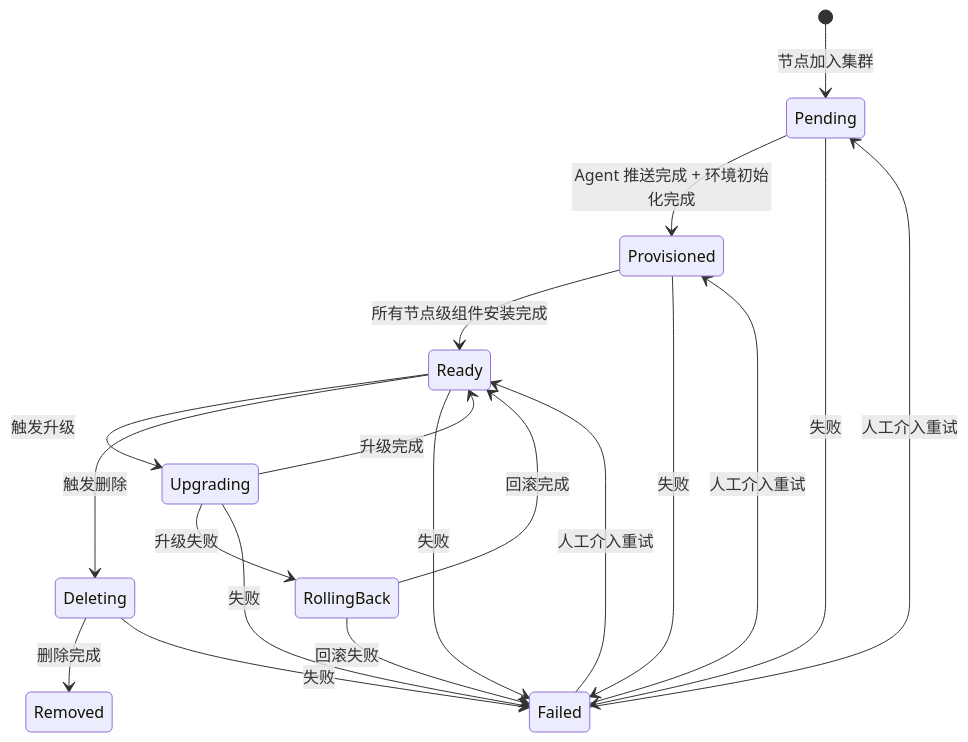
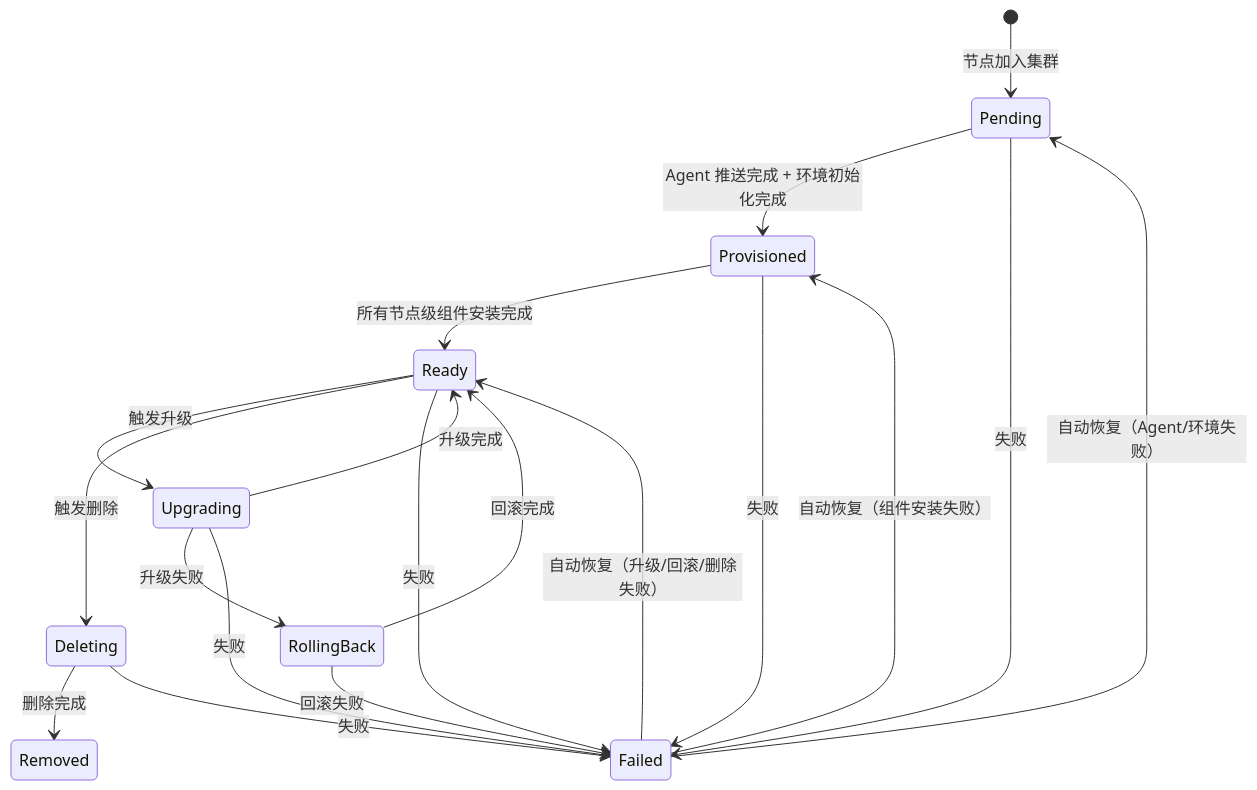
The second of 3 diagrams in code/kep/kep6/kep6-state-machine-v3.md (javadoors/cluster-api-provider-bke), drawn with Mermaid before and after one commit. The commit also changed other lines of this file, not shown here.

````diff
--- a/code/kep/kep6/kep6-state-machine-v3.md
+++ b/code/kep/kep6/kep6-state-machine-v3.md
@@ -543,28 +589,28 @@
 ```mermaid
 stateDiagram-v2
     [*] --> Pending : 节点加入集群
     
     Pending --> Provisioned : Agent 推送完成 + 环境初始化完成
     Pending --> Failed : 失败
     
     Provisioned --> Ready : 所有节点级组件安装完成
     Provisioned --> Failed : 失败
     
     Ready --> Upgrading : 触发升级
     Ready --> Deleting : 触发删除
     Ready --> Failed : 失败
     
     Upgrading --> Ready : 升级完成
     Upgrading --> RollingBack : 升级失败
     Upgrading --> Failed : 失败
     
     RollingBack --> Ready : 回滚完成
     RollingBack --> Failed : 回滚失败
     
     Deleting --> Removed : 删除完成
     Deleting --> Failed : 失败
     
-    Failed --> Pending : 人工介入重试
-    Failed --> Provisioned : 人工介入重试
-    Failed --> Ready : 人工介入重试
+    Failed --> Pending : 自动恢复（Agent/环境失败）
+    Failed --> Provisioned : 自动恢复（组件安装失败）
+    Failed --> Ready : 自动恢复（升级/回滚/删除失败）
 ```
````
